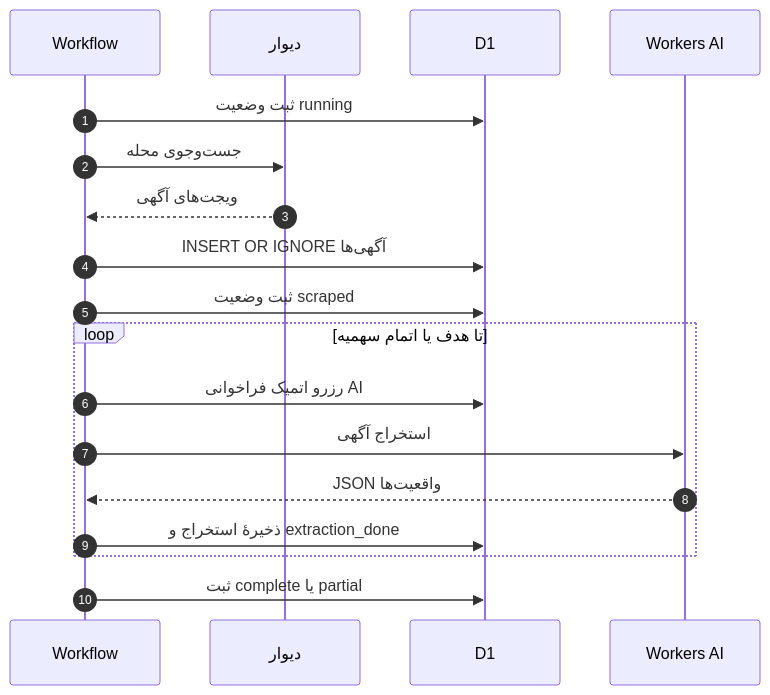
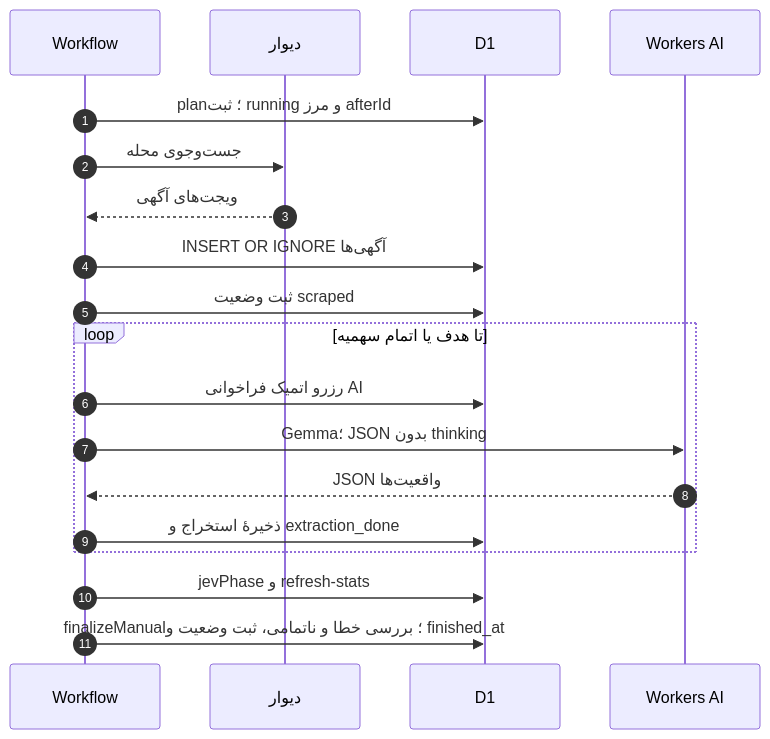
One commit to f4r6d/divar-housing-finder changed diagram 12 of 16 in OOAD_MANUAL_FETCH_FA.md. Above: the diagram before and after it, drawn with Mermaid. The commit also changed other lines of this file and 3 other files, not shown here.

````diff
--- a/OOAD_MANUAL_FETCH_FA.md
+++ b/OOAD_MANUAL_FETCH_FA.md
@@ -907,21 +932,22 @@
 ```mermaid
 sequenceDiagram
   autonumber
   participant WF as Workflow
   participant D as دیوار
   participant DB as D1
   participant AI as Workers AI
 
-  WF->>DB: ثبت وضعیت running
+  WF->>DB: plan؛ ثبت running و مرز afterId
   WF->>D: جست‌وجوی محله
   D-->>WF: ویجت‌های آگهی
   WF->>DB: INSERT OR IGNORE آگهی‌ها
   WF->>DB: ثبت وضعیت scraped
   loop تا هدف یا اتمام سهمیه
     WF->>DB: رزرو اتمیک فراخوانی AI
-    WF->>AI: استخراج آگهی
+    WF->>AI: Gemma؛ JSON بدون thinking
     AI-->>WF: JSON واقعیت‌ها
     WF->>DB: ذخیرهٔ استخراج و extraction_done
   end
-  WF->>DB: ثبت complete یا partial
+  WF->>DB: jevPhase و refresh-stats
+  WF->>DB: finalizeManual؛ بررسی خطا و ناتمامی، ثبت وضعیت و finished_at
 ```
````
